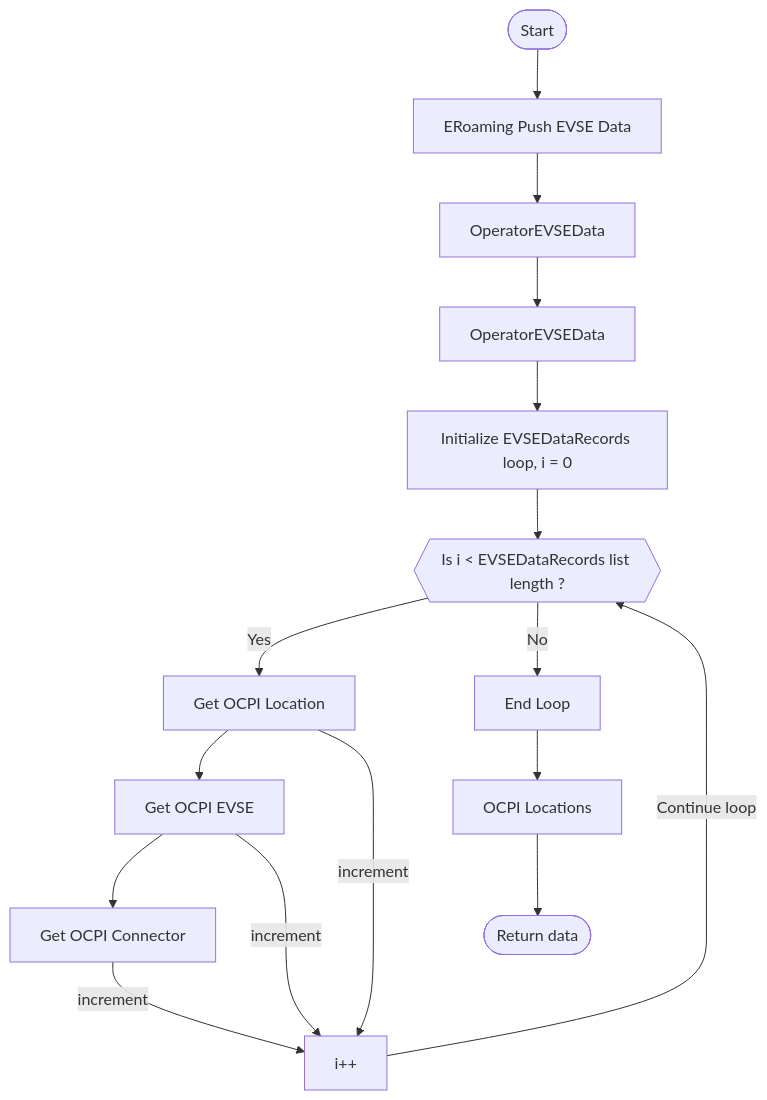
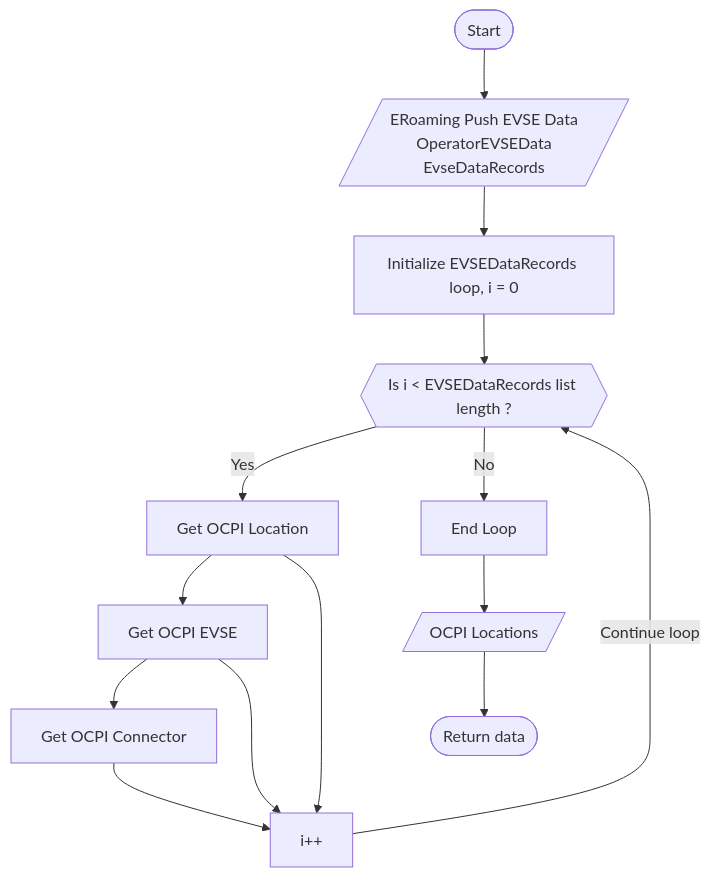
One commit to erkkiat/ocpi changed the second of 2 diagrams in integrations/ReadMe.md. Above: the diagram before and after it, drawn with Mermaid. The commit also changed other lines of this file, not shown here.

Commit message:
Fix the flowcharts

````diff
--- a/integrations/ReadMe.md
+++ b/integrations/ReadMe.md
@@ -26,22 +31,20 @@
 ```mermaid
 
 graph TD
-    Start([Start]) --> A[ERoaming Push EVSE Data]
-    A --> Op[OperatorEVSEData]
-    Op --> EvseDataRecords[OperatorEVSEData]
-    EvseDataRecords --> B[Initialize EVSEDataRecords loop, i = 0]
+    Start([Start]) --> A[/ERoaming Push EVSE Data <br> OperatorEVSEData <br> EvseDataRecords /]
+    A --> B[Initialize EVSEDataRecords loop, i = 0]
     B --> C{{Is i < EVSEDataRecords list length ?}}
     
     C --> |Yes| D[Get OCPI Location]
     D --> Evse[Get OCPI EVSE]
     Evse --> Connectors[Get OCPI Connector]
-    D --> |increment|Increment[i++]
-    Evse --> |increment|Increment[i++]
-    Connectors --> |increment|Increment[i++]
+    D --> Increment[i++]
+    Evse --> Increment[i++]
+    Connectors --> Increment[i++]
     
     Increment --> |Continue loop|C
     C -->|No| E[End Loop]
-    E --> F[OCPI Locations]
+    E --> F[/OCPI Locations/]
     F --> End([Return data])
     
 ```
````
